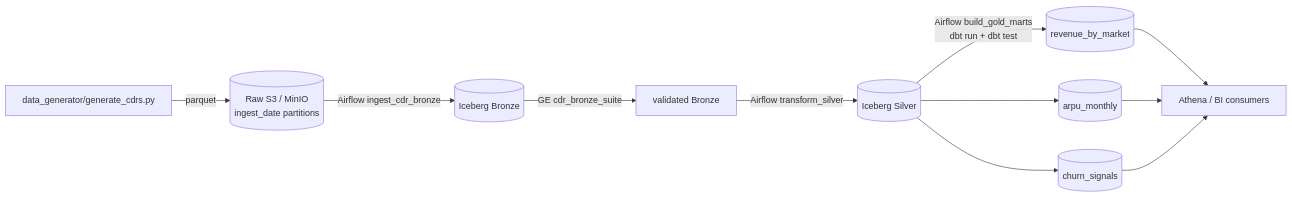
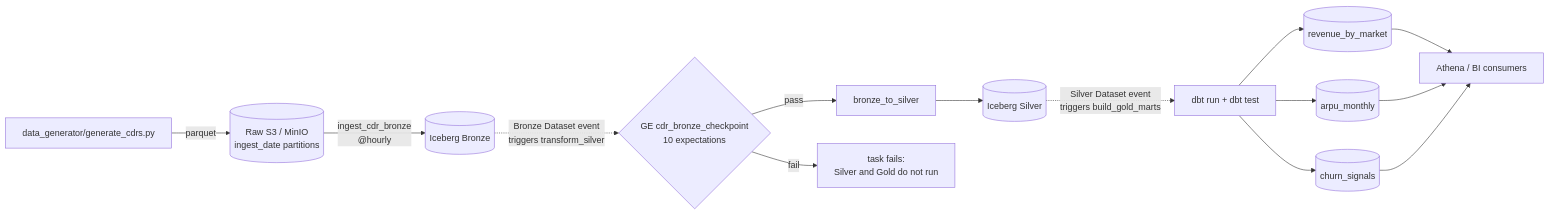
The diagram in project-telecom-lakehouse/README.md (AlexHuggler/Huggler-portfolio), drawn with Mermaid before and after one commit. The commit also changed other lines of this file and 17 other files, not shown here.

````diff
--- a/project-telecom-lakehouse/README.md
+++ b/project-telecom-lakehouse/README.md
@@ -33,13 +33,16 @@
 ```mermaid
 flowchart LR
   G[data_generator/generate_cdrs.py] -->|parquet| R[(Raw S3 / MinIO<br/>ingest_date partitions)]
-  R -->|Airflow ingest_cdr_bronze| BR[(Iceberg Bronze)]
-  BR -->|GE cdr_bronze_suite| BR2[validated Bronze]
-  BR2 -->|Airflow transform_silver| SI[(Iceberg Silver)]
-  SI -->|Airflow build_gold_marts<br/>dbt run + dbt test| GO1[(revenue_by_market)]
-  SI --> GO2[(arpu_monthly)]
-  SI --> GO3[(churn_signals)]
+  R -->|"ingest_cdr_bronze<br/>@hourly"| BR[(Iceberg Bronze)]
+  BR -.->|"Bronze Dataset event<br/>triggers transform_silver"| GE{"GE cdr_bronze_checkpoint<br/>10 expectations"}
+  GE -- pass --> T[bronze_to_silver]
+  GE -- fail --> X["task fails:<br/>Silver and Gold do not run"]
+  T --> SI[(Iceberg Silver)]
+  SI -.->|"Silver Dataset event<br/>triggers build_gold_marts"| D[dbt run + dbt test]
+  D --> GO1[(revenue_by_market)]
+  D --> GO2[(arpu_monthly)]
+  D --> GO3[(churn_signals)]
   GO1 --> BI[Athena / BI consumers]
   GO2 --> BI
   GO3 --> BI
 ```
````
